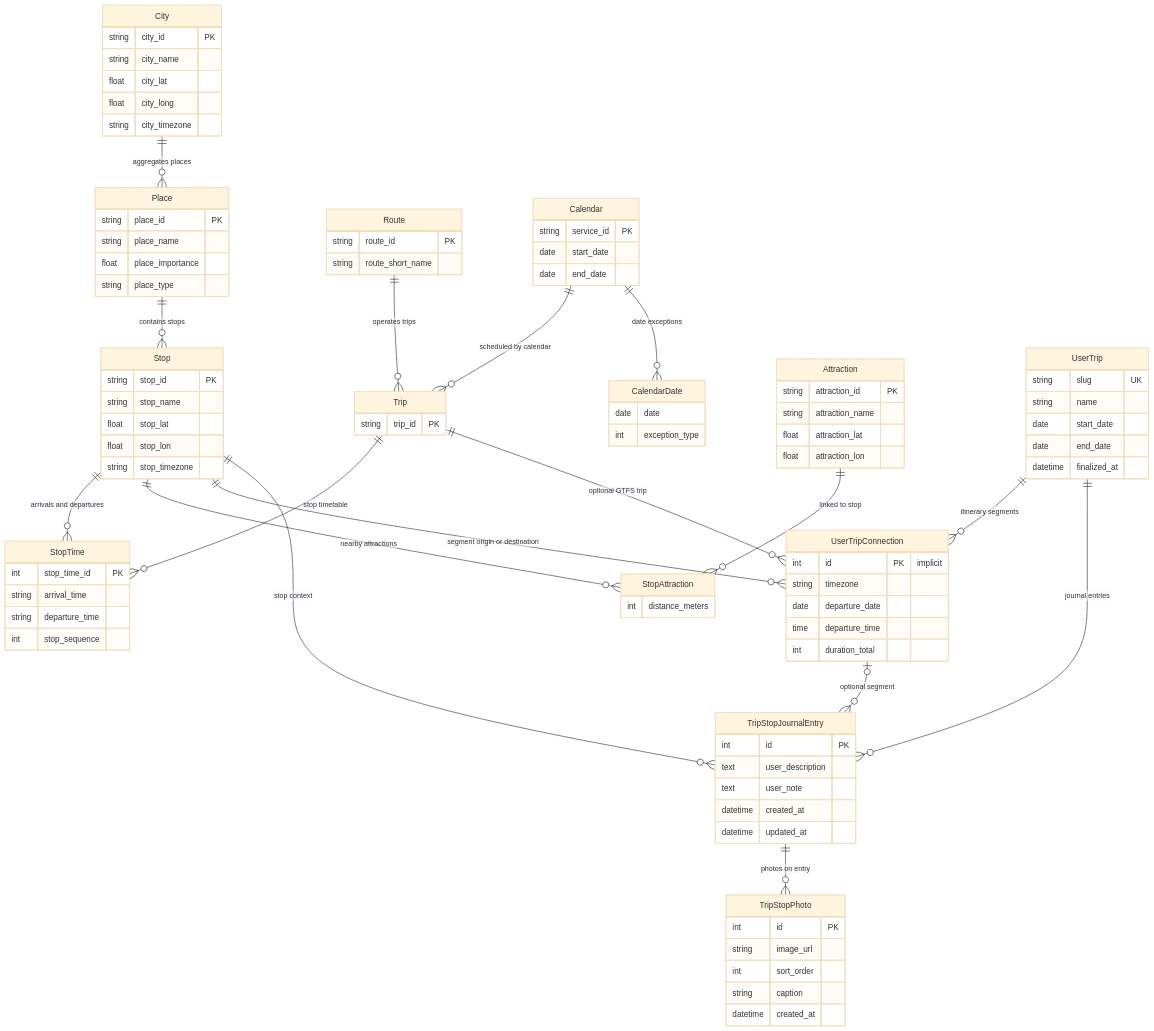
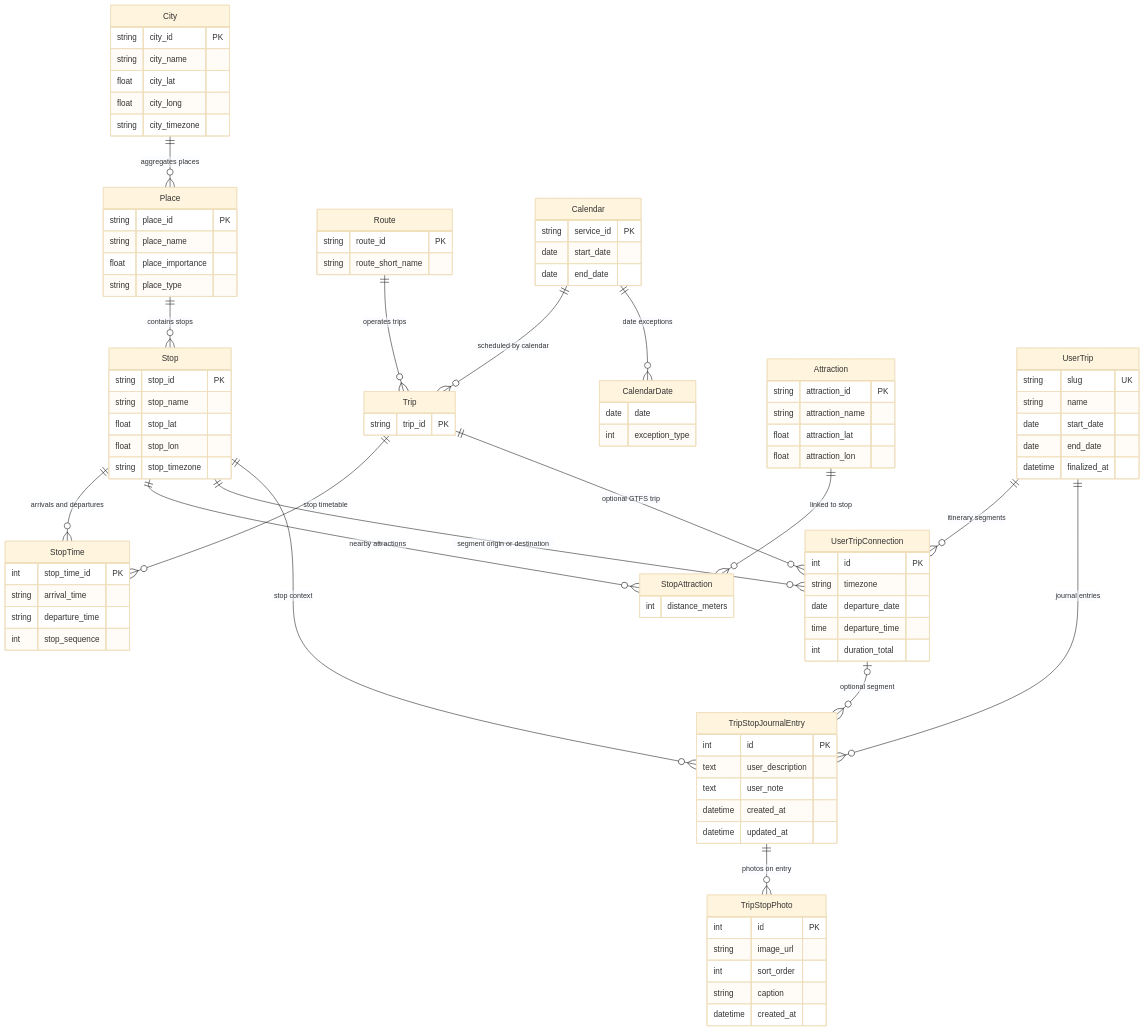
One commit to Skiperpol/frontend-briskly changed the third of 3 diagrams in README.md. Above: the diagram before and after it, drawn with Mermaid (base theme). The commit also changed other lines of this file, not shown here.

```diff
--- a/README.md
+++ b/README.md
@@ -419,7 +400,7 @@
     }
 
     UserTripConnection {
-        int id PK "implicit"
+        int id PK
         string timezone
         date departure_date
         time departure_time
```
